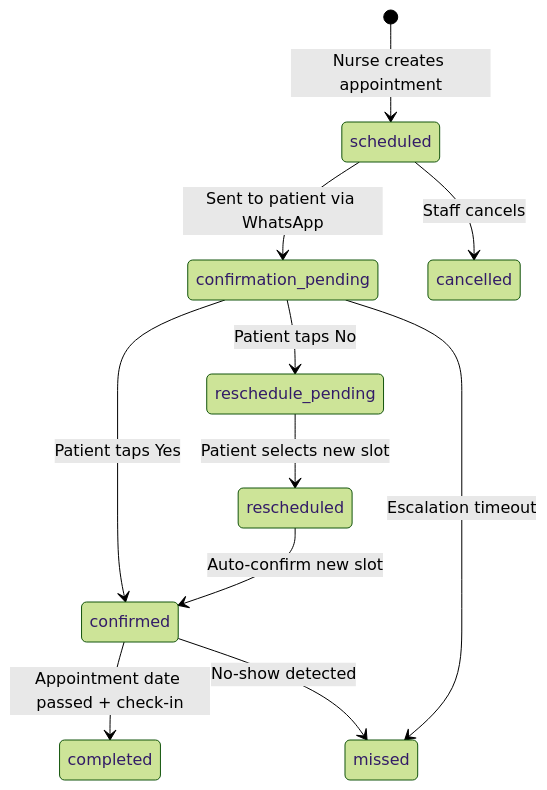
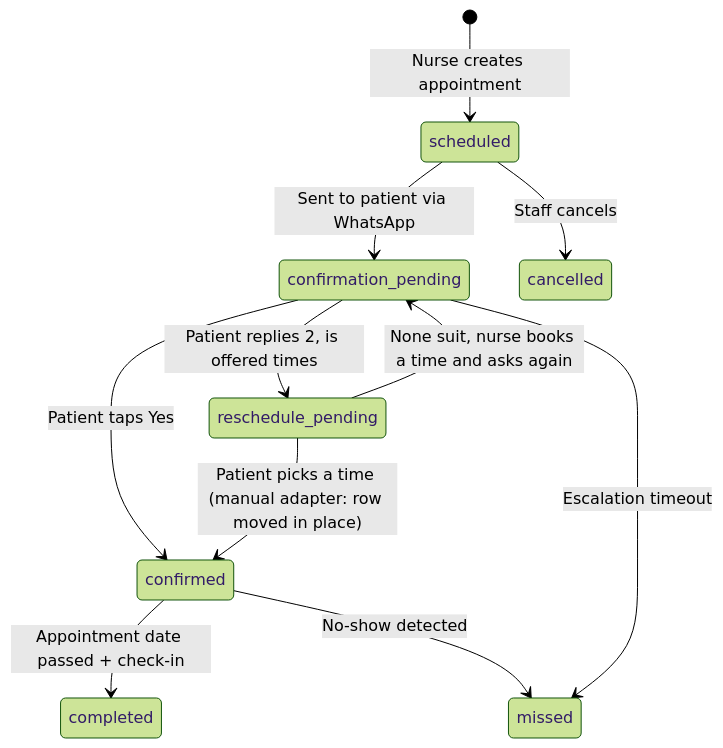
The sixth of 10 diagrams in ARCHITECTURE.md (FuadAhamed91/-DischargeIQ), drawn with Mermaid (forest theme) before and after one commit. The commit also changed other lines of this file and 15 other files, not shown here.

````diff
--- a/ARCHITECTURE.md
+++ b/ARCHITECTURE.md
@@ -975,13 +975,13 @@
 ```mermaid
 stateDiagram-v2
     [*] --> scheduled: Nurse creates appointment
     scheduled --> confirmation_pending: Sent to patient via WhatsApp
     confirmation_pending --> confirmed: Patient taps Yes
-    confirmation_pending --> reschedule_pending: Patient taps No
-    reschedule_pending --> rescheduled: Patient selects new slot
-    rescheduled --> confirmed: Auto-confirm new slot
+    confirmation_pending --> reschedule_pending: Patient replies 2, is offered times
+    reschedule_pending --> confirmed: Patient picks a time (manual adapter: row moved in place)
+    reschedule_pending --> confirmation_pending: None suit, nurse books a time and asks again
     confirmed --> completed: Appointment date passed + check-in
     confirmed --> missed: No-show detected
     confirmation_pending --> missed: Escalation timeout
     scheduled --> cancelled: Staff cancels
 ```
````
